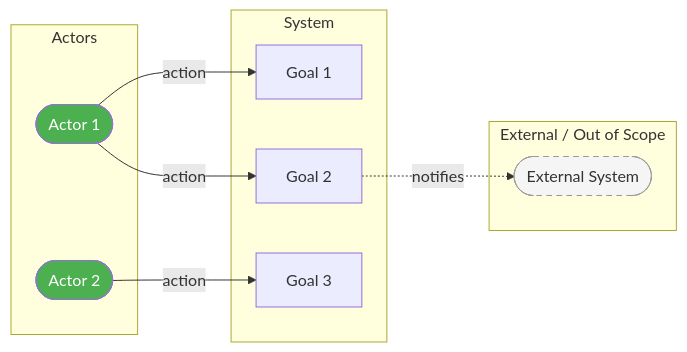
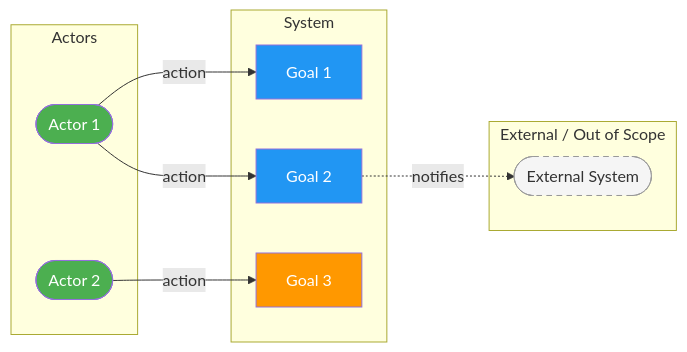
One commit to aklikic/akka-ext-plugin changed the second of 4 diagrams in skills/diagrams/spec-diagrams.template.md. Above: the diagram before and after it, drawn with Mermaid. The commit also changed other lines of this file and 3 other files, not shown here.

First line of the commit message:
separate spec and plan diagrams into independent artifacts with consistent coloring

````diff
--- a/skills/diagrams/spec-diagrams.template.md
+++ b/skills/diagrams/spec-diagrams.template.md
@@ -70,28 +78,31 @@
 ```mermaid
 flowchart LR
     %% Replace with real actors and goals from spec.md
 
     subgraph actors["Actors"]
         A1([Actor 1])
         A2([Actor 2])
     end
 
     subgraph system["System"]
         G1[Goal 1]
         G2[Goal 2]
         G3[Goal 3]
     end
 
     subgraph ext["External / Out of Scope"]
         E1([External System])
     end
 
     A1 -->|"action"| G1
     A1 -->|"action"| G2
     A2 -->|"action"| G3
     G2 -.->|"notifies"| E1
 
     style A1 fill:#4CAF50,color:#fff
     style A2 fill:#4CAF50,color:#fff
+    style G1 fill:#2196F3,color:#fff
+    style G2 fill:#2196F3,color:#fff
+    style G3 fill:#FF9800,color:#fff
     style E1 stroke-dasharray:5 5,stroke:#999,fill:#f5f5f5,color:#333
 ```
````
